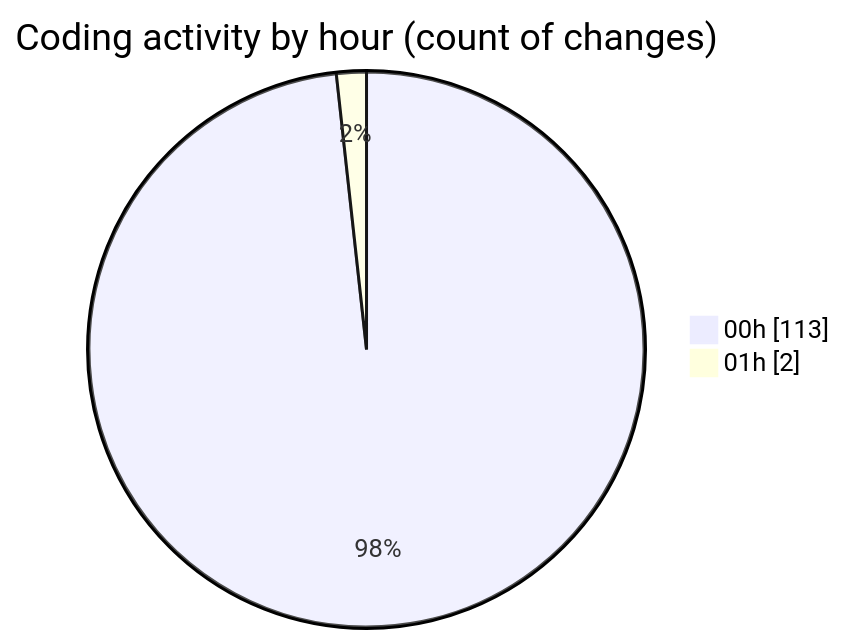
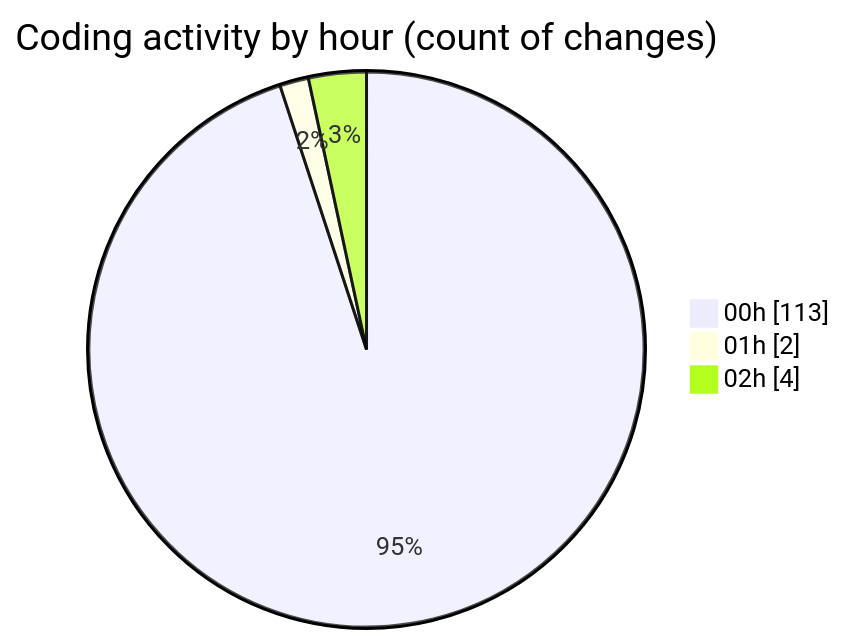
The second of 2 diagrams in 2025-08-06/napxuvn/README.md (lephambinh05/code-tracking), drawn with Mermaid before and after one commit. The commit also changed other lines of this file and 1 other file, not shown here.

````diff
--- a/2025-08-06/napxuvn/README.md
+++ b/2025-08-06/napxuvn/README.md
@@ -95,6 +96,7 @@
 ```mermaid
 pie showData
 title Coding activity by hour (count of changes)
 "00h" : 113
 "01h" : 2
+"02h" : 4
 ```
````
